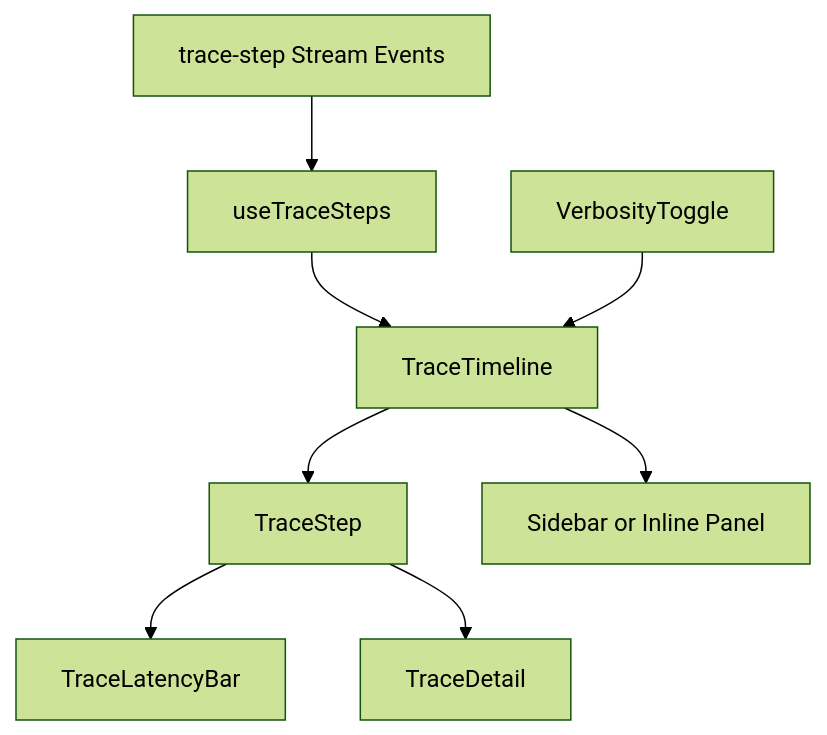
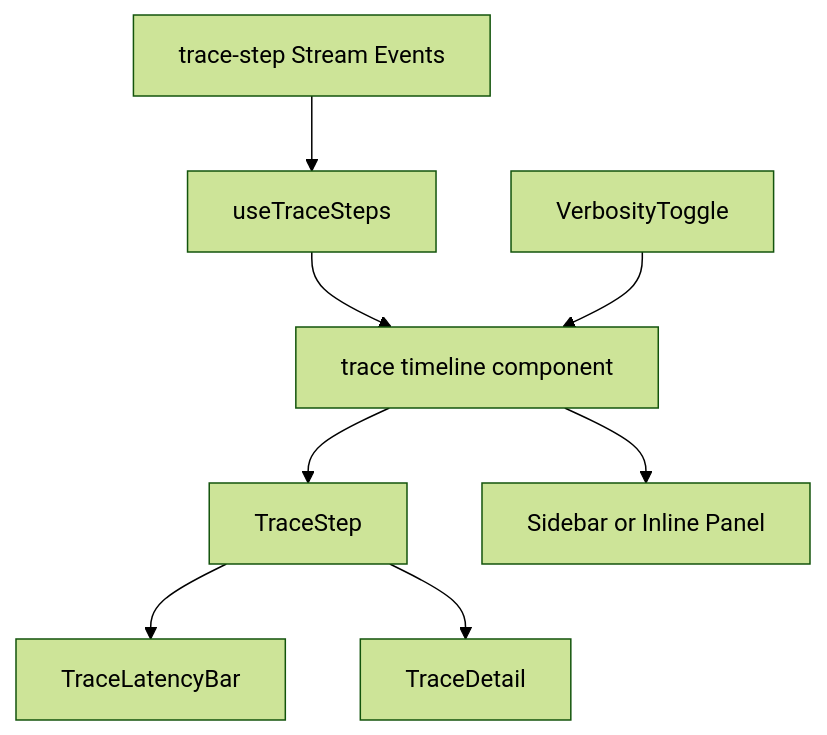
Before and after one commit to 1qh/safeagent: diagram 11 of 18 in plan/18-frontend-sdk.md, drawn with Mermaid (forest theme). The commit also changed other lines of this file and 18 other files, not shown here.

````diff
--- a/plan/18-frontend-sdk.md
+++ b/plan/18-frontend-sdk.md
@@ -541,19 +541,19 @@
 ```mermaid
 flowchart TD
     TRACE_EVENTS[trace-step Stream Events]
     TRACE_HOOK[useTraceSteps]
-    TRACE_TIMELINE[TraceTimeline]
+    TRACE_TIMELINE[trace timeline component]
     TRACE_STEP[TraceStep]
     TRACE_LATENCY_BAR[TraceLatencyBar]
     TRACE_DETAIL[TraceDetail]
     VERBOSITY_CONTROL[VerbosityToggle]
     PANEL_LAYOUT[Sidebar or Inline Panel]
 
     TRACE_EVENTS --> TRACE_HOOK
     TRACE_HOOK --> TRACE_TIMELINE
     TRACE_TIMELINE --> TRACE_STEP
     TRACE_STEP --> TRACE_LATENCY_BAR
     TRACE_STEP --> TRACE_DETAIL
     VERBOSITY_CONTROL --> TRACE_TIMELINE
     TRACE_TIMELINE --> PANEL_LAYOUT
 ```
````
